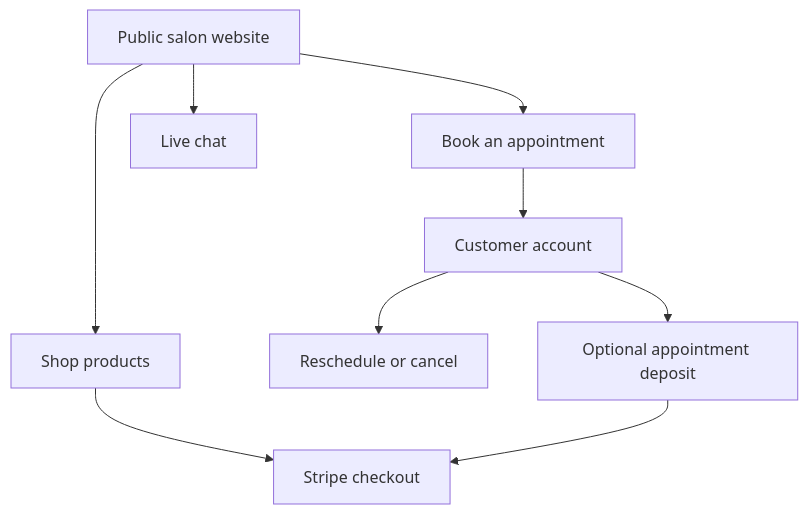
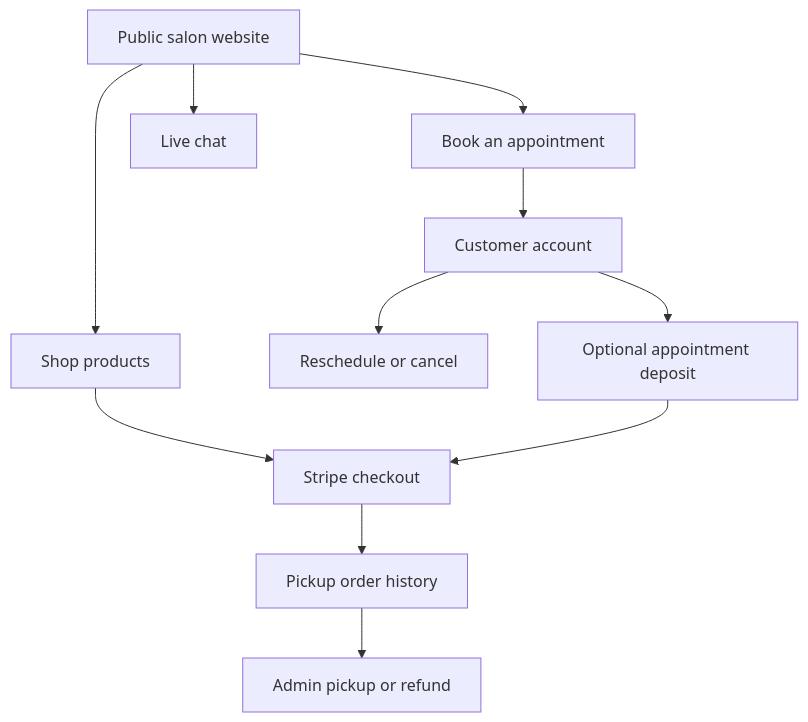
One commit to migtam628/salon_platform_template changed the first of 10 diagrams in README.md. Above: the diagram before and after it, drawn with Mermaid. The commit also changed other lines of this file and 11 other files, not shown here.

````diff
--- a/README.md
+++ b/README.md
@@ -37,11 +38,13 @@
 ```mermaid
 flowchart TB
     A[Public salon website] --> B[Book an appointment]
     A --> C[Shop products]
     A --> D[Live chat]
     B --> E[Customer account]
     C --> F[Stripe checkout]
+    F --> I[Pickup order history]
+    I --> J[Admin pickup or refund]
     E --> G[Reschedule or cancel]
     E --> H[Optional appointment deposit]
     H --> F
 ```
````
